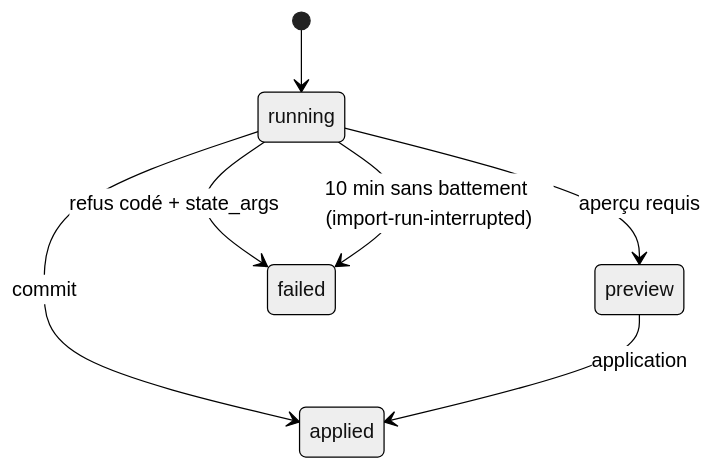
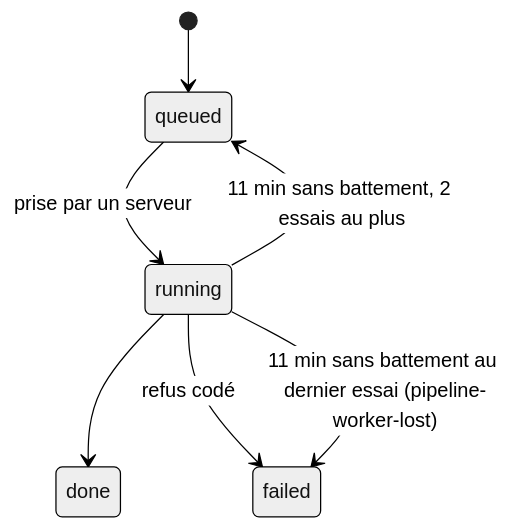
Before and after one commit to Pnex/pnex-rs: diagram 17 of 18 in docs/architecture/pipelines.md, drawn with Mermaid (neutral theme). The commit also changed other lines of this file and 66 other files, not shown here.

````diff
--- a/docs/architecture/pipelines.md
+++ b/docs/architecture/pipelines.md
@@ -403,9 +403,9 @@
 ```mermaid
 stateDiagram-v2
-  [*] --> running
-  running --> applied: commit
-  running --> preview: aperçu requis
-  running --> failed: refus codé + state_args
-  running --> failed: 10 min sans battement (import-run-interrupted)
-  preview --> applied: application
+  [*] --> queued
+  queued --> running: prise par un serveur
+  running --> done
+  running --> failed: refus codé
+  running --> queued: 11 min sans battement, 2 essais au plus
+  running --> failed: 11 min sans battement au dernier essai (pipeline-worker-lost)
 ```
````
